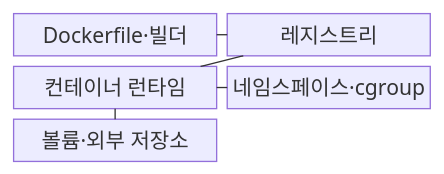
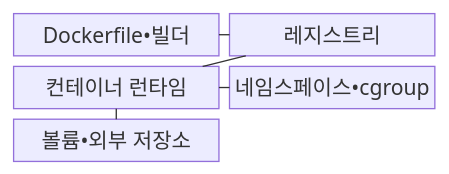
One commit to agnusdei1207/knowledge-base changed the first of 2 diagrams in src/content/docs/notes/03-software/150_docker_container.md. Above: the diagram before and after it, drawn with Mermaid. The commit also changed other lines of this file and 953 other files, not shown here.

````diff
--- a/src/content/docs/notes/03-software/150_docker_container.md
+++ b/src/content/docs/notes/03-software/150_docker_container.md
@@ -68,13 +68,13 @@
 ```mermaid
 block
     columns 2
-    B["Dockerfile·빌더"]
+    B["Dockerfile•빌더"]
     R["레지스트리"]
     C["컨테이너 런타임"]
-    K["네임스페이스·cgroup"]
-    V["볼륨·외부 저장소"]
+    K["네임스페이스•cgroup"]
+    V["볼륨•외부 저장소"]
     B --- R
     R --- C
     C --- K
     C --- V
 ```
````
